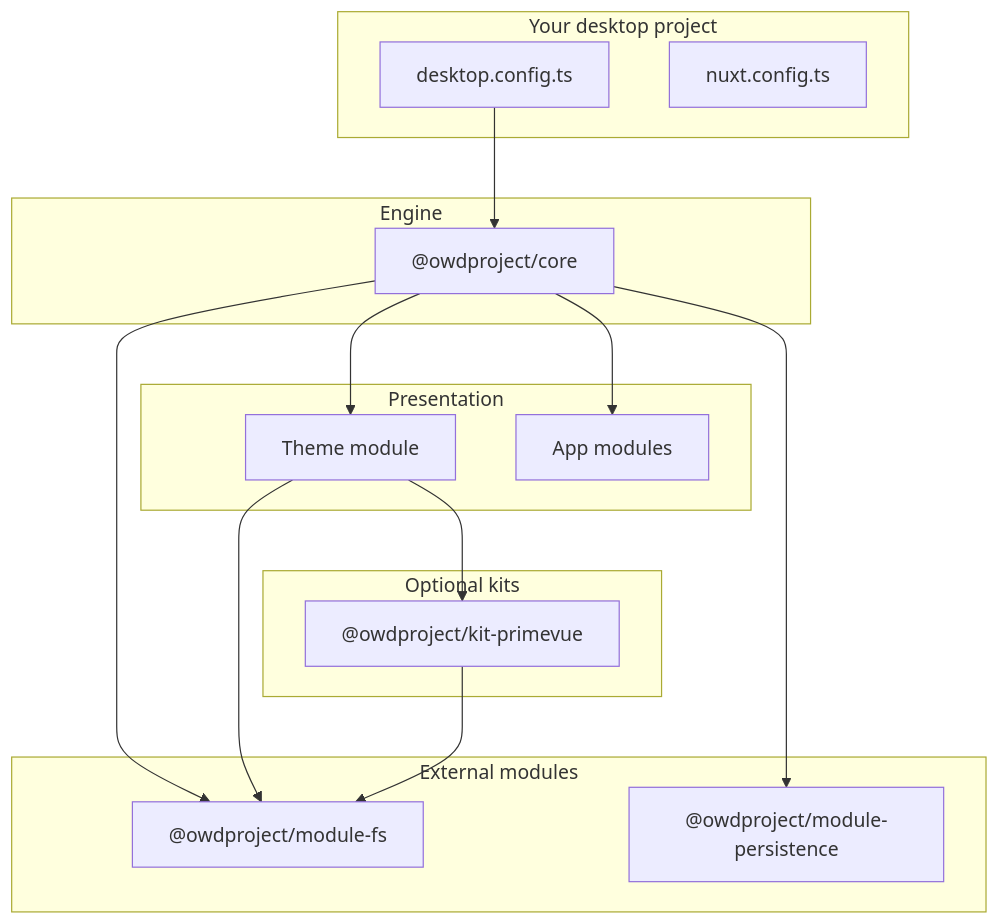
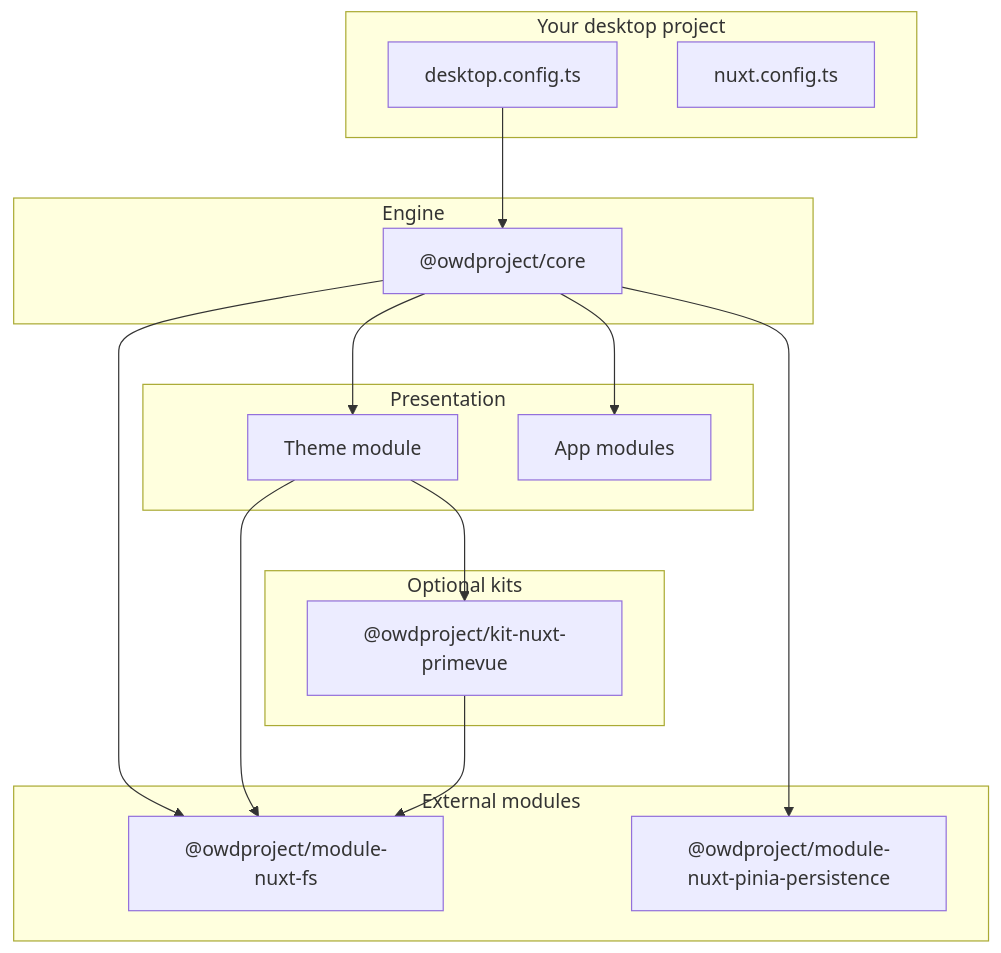
The diagram in content/3.architecture/1.overview.md (owdproject/docs), drawn with Mermaid before and after one commit. The commit also changed other lines of this file and 30 other files, not shown here.

Commit message:
docs: rename packages to new scheme (module-nuxt-*, kit-nuxt-*, theme-nuxt-*, app-nuxt-*)

````diff
--- a/content/3.architecture/1.overview.md
+++ b/content/3.architecture/1.overview.md
@@ -13,29 +13,29 @@
 ```mermaid
 flowchart TB
   subgraph consumer [Your desktop project]
     config[desktop.config.ts]
     nuxt[nuxt.config.ts]
   end
   subgraph engine [Engine]
     core["@owdproject/core"]
   end
   subgraph kits [Optional kits]
-    kitPrimeVue["@owdproject/kit-primevue"]
+    kitPrimeVue["@owdproject/kit-nuxt-primevue"]
   end
   subgraph external [External modules]
-    modFs["@owdproject/module-fs"]
-    modPersist["@owdproject/module-persistence"]
+    modFs["@owdproject/module-nuxt-fs"]
+    modPersist["@owdproject/module-nuxt-pinia-persistence"]
   end
   subgraph presentation [Presentation]
     theme[Theme module]
     apps[App modules]
   end
   config --> core
   core --> theme
   core --> modFs
   core --> modPersist
   theme --> kitPrimeVue
   theme --> modFs
   kitPrimeVue --> modFs
   core --> apps
 ```
````
